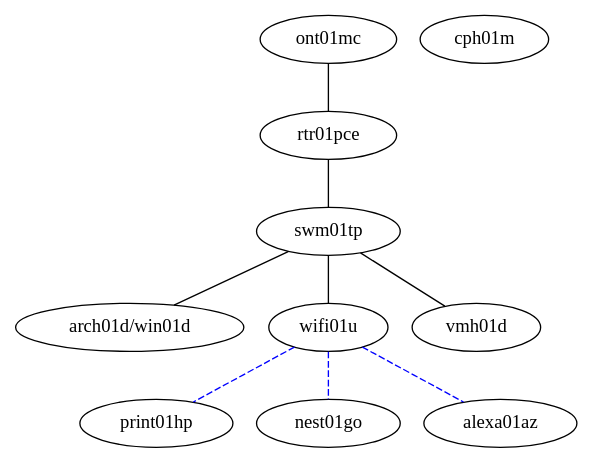
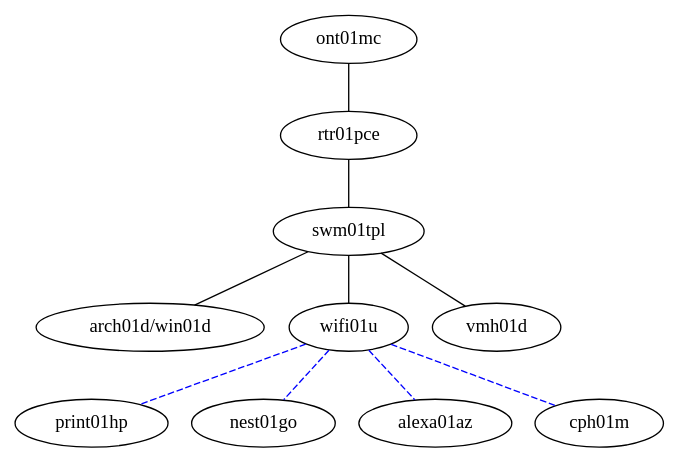
One commit to jrddunbr/sysconfig changed the diagram in vars/network.dot. Above: the diagram before and after it, drawn with Graphviz. The commit also changed 4 other files, not shown here.

```diff
--- a/vars/network.dot
+++ b/vars/network.dot
@@ -1,21 +1,22 @@
 graph {
   ont01mc
   rtr01pce
-  swm01tp
+  swm01tpl
   arch01d [label="arch01d/win01d"]
   wifi01u
   vmh01d
   print01hp
   nest01go
   alexa01az
   cph01m
 
   ont01mc -- rtr01pce
-  rtr01pce -- swm01tp
-  swm01tp -- arch01d
-  swm01tp -- wifi01u
-  swm01tp -- vmh01d
+  rtr01pce -- swm01tpl
+  swm01tpl -- arch01d
+  swm01tpl -- wifi01u
+  swm01tpl -- vmh01d
   wifi01u -- print01hp [style=dashed, color=blue]
   wifi01u -- nest01go [style=dashed, color=blue]
   wifi01u -- alexa01az [style=dashed, color=blue]
+  wifi01u -- cph01m [style=dashed, color=blue]
 }
```
